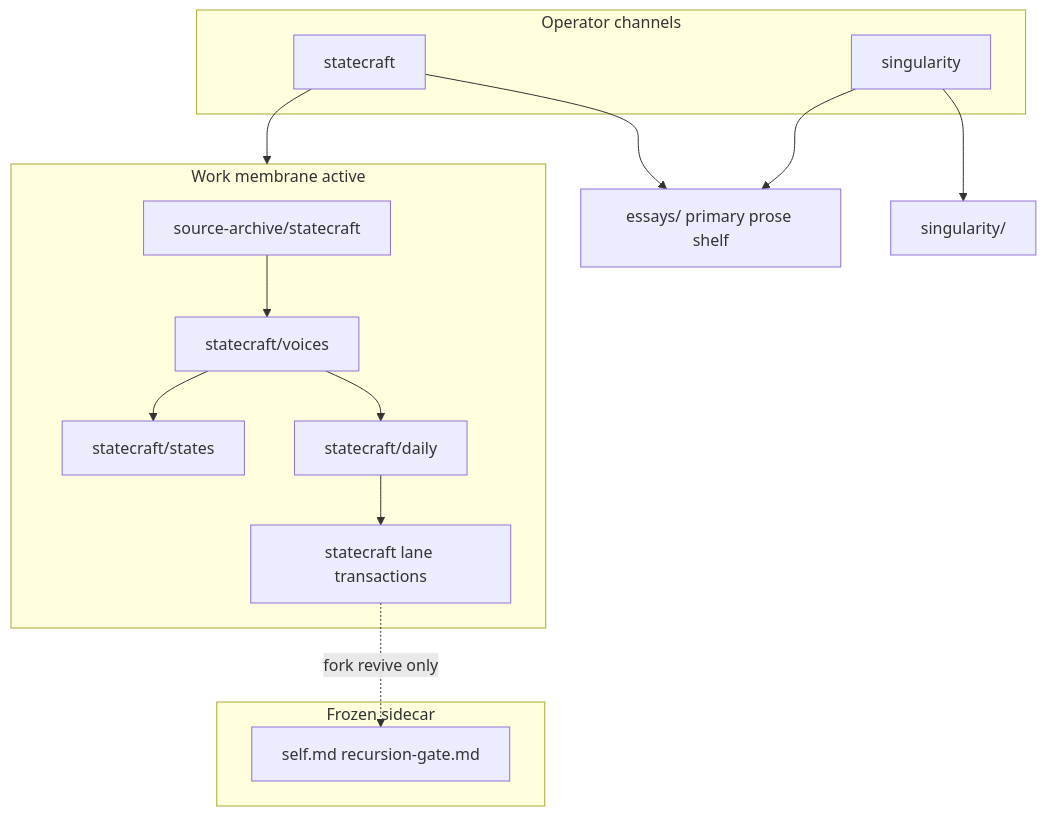
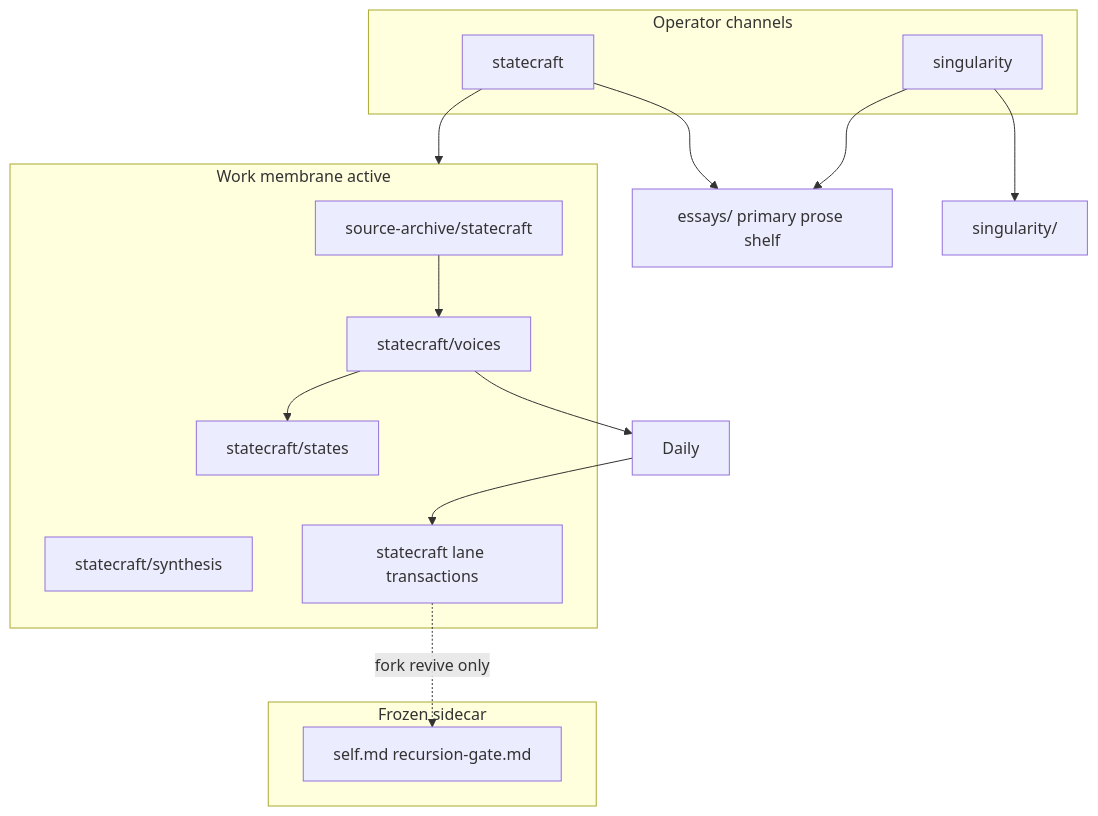
One commit to rbtkhn/strategy-codex changed the diagram in docs/start-here.md. Above: the diagram before and after it, drawn with Mermaid. The commit also changed other lines of this file and 433 other files, not shown here.

First line of the commit message:
Rename statecraft/daily to synthesis-pure layout with notes subfolders.

````diff
--- a/docs/start-here.md
+++ b/docs/start-here.md
@@ -38,29 +38,29 @@
 ```mermaid
 flowchart TB
   subgraph membrane [Work membrane active]
     Archive[source-archive/statecraft]
     Voices[statecraft/voices]
     States[statecraft/states]
-    Daily[statecraft/daily]
+    Synth[statecraft/synthesis]
     Tx[statecraft lane transactions]
   end
 
   subgraph channels [Operator channels]
     SC[statecraft]
     SG[singularity]
   end
 
   Essays[essays/ primary prose shelf]
 
   subgraph frozen [Frozen sidecar]
     Record[self.md recursion-gate.md]
   end
 
   Archive --> Voices --> States
   Voices --> Daily --> Tx
   SC --> membrane
   SG --> singularity/
   SC --> Essays
   SG --> Essays
   Tx -.fork revive only.-> Record
 ```
````
